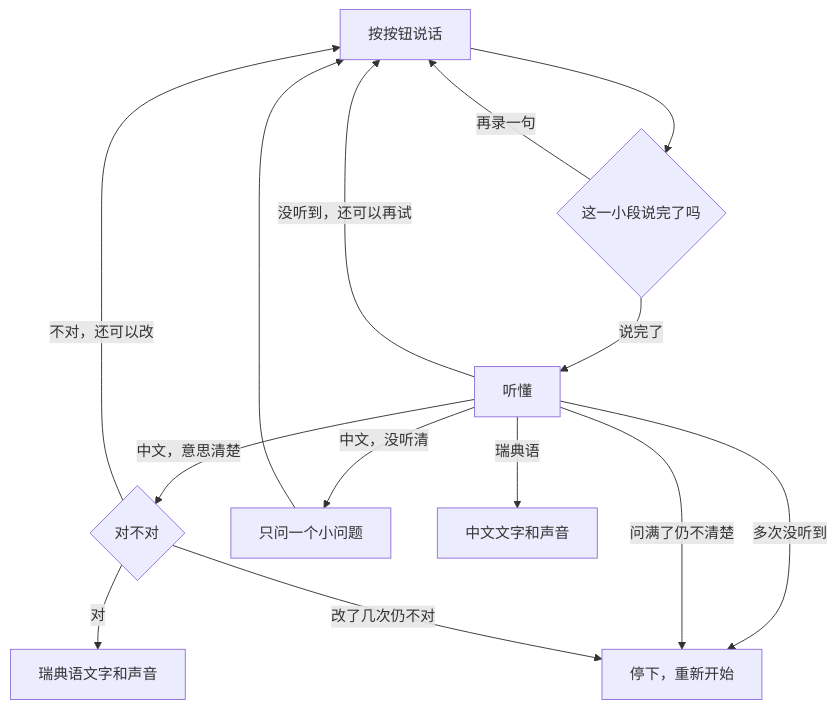
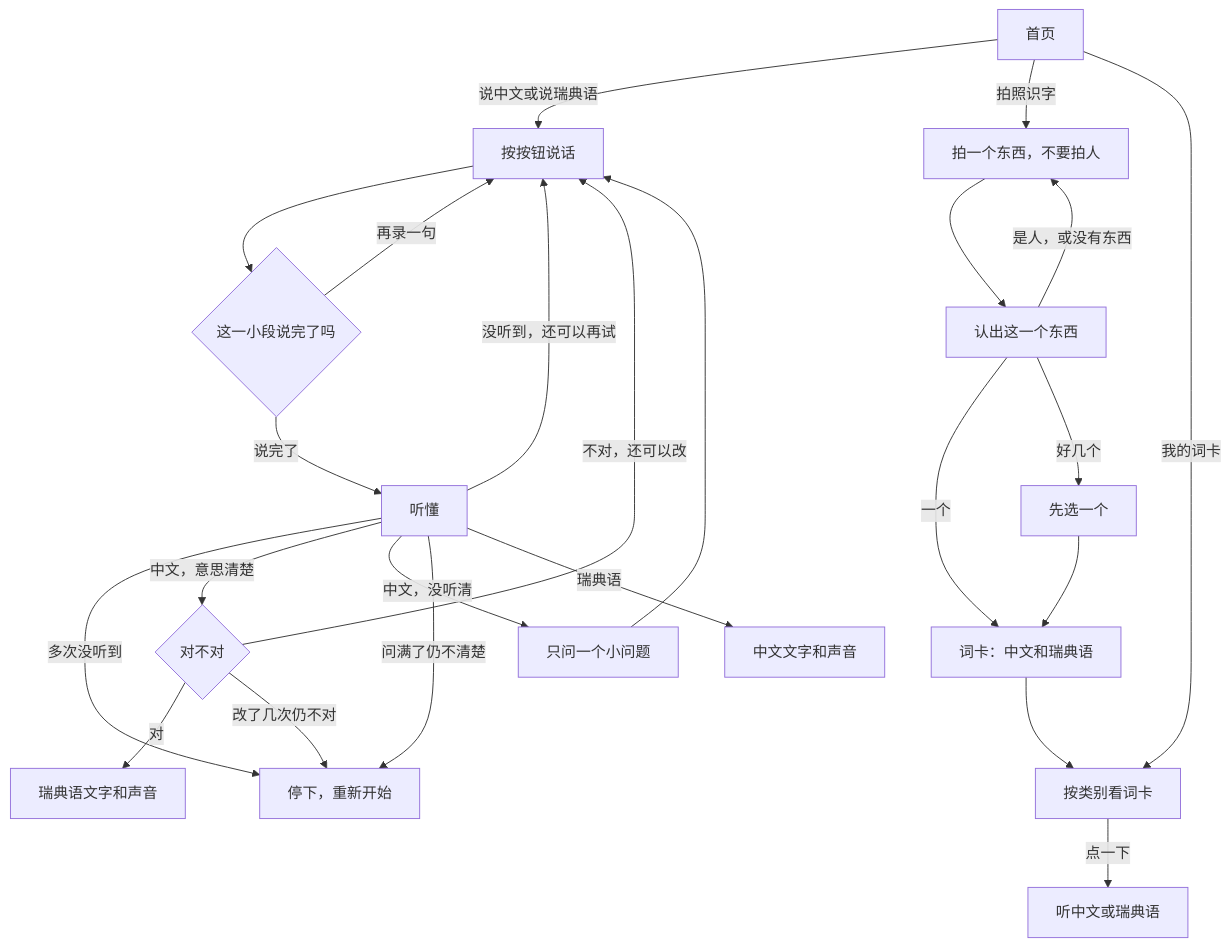
One commit to SeanSha/LillaTolken changed the diagram in README.md. Above: the diagram before and after it, drawn with Mermaid. The commit also changed 2 other files, not shown here.

Commit message:
Show photo vocabulary on the dialogue charts, starting from the home screen.
The photo path sits beside speaking and translating. It names one object, refuses a person, and keeps the card on the device.

````diff
--- a/README.md
+++ b/README.md
@@ -90,16 +90,27 @@
 ```mermaid
 flowchart TD
-  A[按按钮说话] --> B{这一小段说完了吗}
+  H[首页]
+  H -->|说中文或说瑞典语| A[按按钮说话]
+  H -->|拍照识字| P[拍一个东西，不要拍人]
+  H -->|我的词卡| L[按类别看词卡]
+  A --> B{这一小段说完了吗}
   B -->|再录一句| A
   B -->|说完了| C[听懂]
   C -->|没听到，还可以再试| A
   C -->|多次没听到| Z[停下，重新开始]
   C -->|中文，意思清楚| D{对不对}
   C -->|中文，没听清| E[只问一个小问题]
   E --> A
   C -->|问满了仍不清楚| Z
   D -->|对| F[瑞典语文字和声音]
   D -->|不对，还可以改| A
   D -->|改了几次仍不对| Z
   C -->|瑞典语| G[中文文字和声音]
+  P --> V[认出这一个东西]
+  V -->|一个| K[词卡：中文和瑞典语]
+  V -->|好几个| Q[先选一个]
+  Q --> K
+  V -->|是人，或没有东西| P
+  K --> L
+  L -->|点一下| S[听中文或瑞典语]
 ```
````
